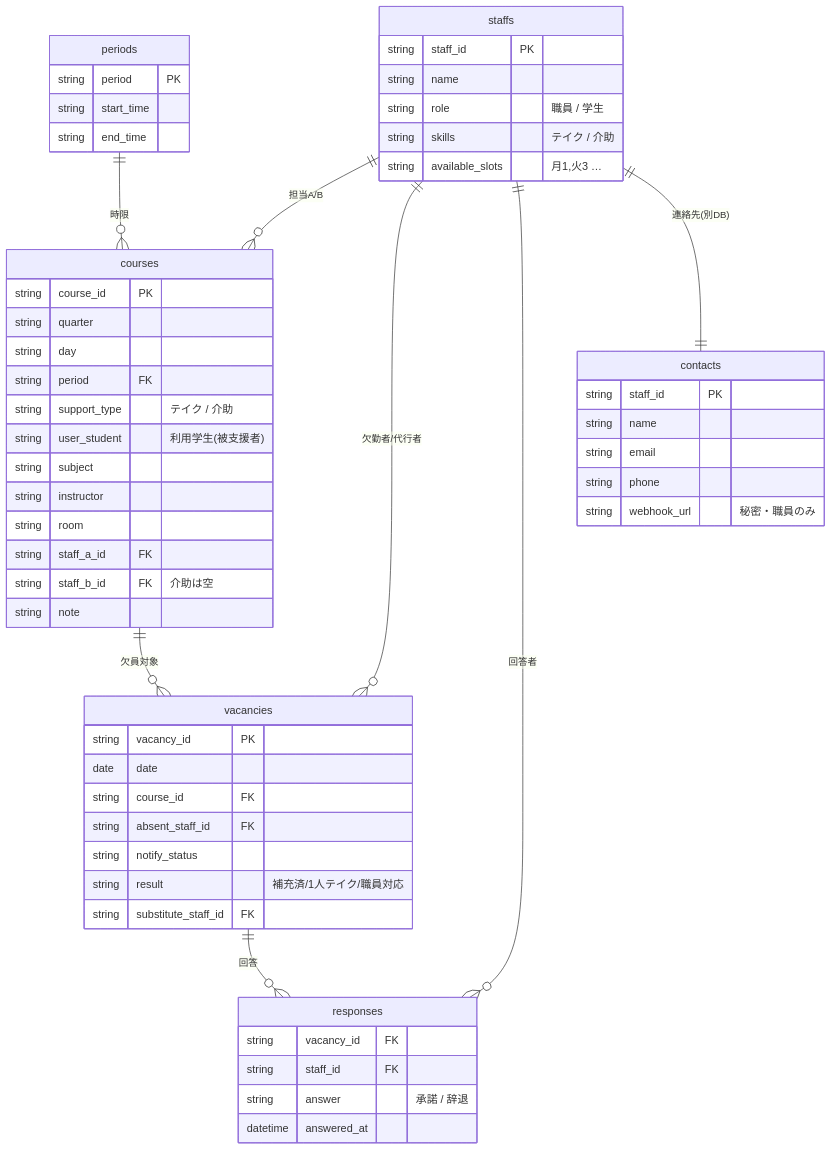
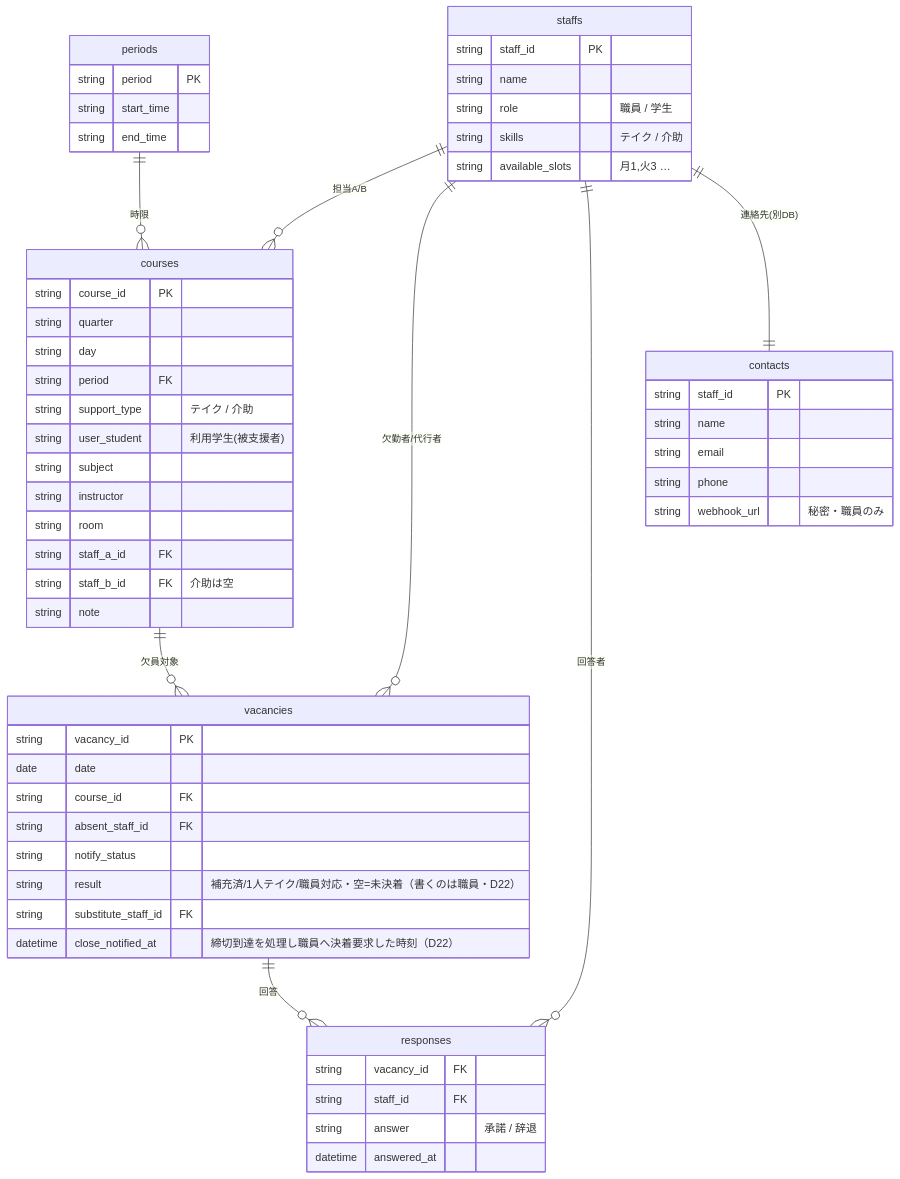
One commit to Nakano-official/takeover changed the second of 3 diagrams in docs/spec/architecture.md. Above: the diagram before and after it, drawn with Mermaid. The commit also changed 34 other files, not shown here.

````diff
--- a/docs/spec/architecture.md
+++ b/docs/spec/architecture.md
@@ -123,59 +123,60 @@
 ```mermaid
 erDiagram
     staffs   ||--o{ courses    : "担当A/B"
     periods  ||--o{ courses    : "時限"
     courses  ||--o{ vacancies  : "欠員対象"
     staffs   ||--o{ vacancies  : "欠勤者/代行者"
     vacancies ||--o{ responses : "回答"
     staffs   ||--o{ responses  : "回答者"
     staffs   ||--|| contacts   : "連絡先(別DB)"
 
     staffs {
         string staff_id PK
         string name
         string role "職員 / 学生"
         string skills "テイク / 介助"
         string available_slots "月1,火3 …"
     }
     courses {
         string course_id PK
         string quarter
         string day
         string period FK
         string support_type "テイク / 介助"
         string user_student "利用学生(被支援者)"
         string subject
         string instructor
         string room
         string staff_a_id FK
         string staff_b_id FK "介助は空"
         string note
     }
     vacancies {
         string vacancy_id PK
         date   date
         string course_id FK
         string absent_staff_id FK
         string notify_status
-        string result "補充済/1人テイク/職員対応"
+        string result "補充済/1人テイク/職員対応・空=未決着（書くのは職員・D22）"
         string substitute_staff_id FK
+        datetime close_notified_at "締切到達を処理し職員へ決着要求した時刻（D22）"
     }
     responses {
         string vacancy_id FK
         string staff_id FK
         string answer "承諾 / 辞退"
         datetime answered_at
     }
     periods {
         string period PK
         string start_time
         string end_time
     }
     contacts {
         string staff_id PK
         string name
         string email
         string phone
         string webhook_url "秘密・職員のみ"
     }
 ```
````
